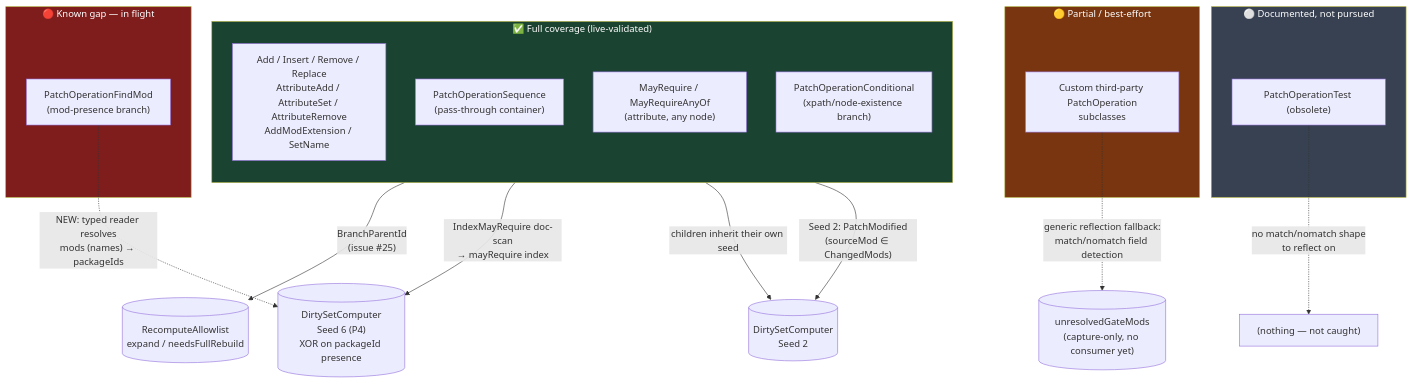
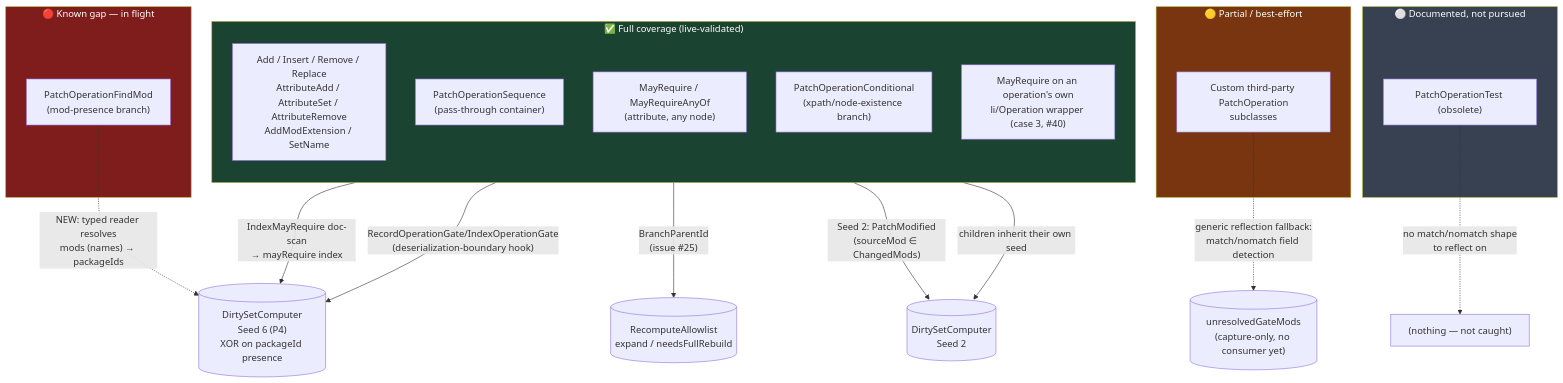
The diagram in docs/patch-operations-coverage.md (Jeffrharr/MissileGirl), drawn with Mermaid before and after one commit. The commit also changed other lines of this file and 6 other files, not shown here.

````diff
--- a/docs/patch-operations-coverage.md
+++ b/docs/patch-operations-coverage.md
@@ -36,35 +37,37 @@
 ```mermaid
 flowchart TD
     subgraph Full["✅ Full coverage (live-validated)"]
         direction TB
         A["Add / Insert / Remove / Replace<br/>AttributeAdd / AttributeSet / AttributeRemove<br/>AddModExtension / SetName"]
         SEQ["PatchOperationSequence<br/>(pass-through container)"]
         MR["MayRequire / MayRequireAnyOf<br/>(attribute, any node)"]
         COND["PatchOperationConditional<br/>(xpath/node-existence branch)"]
+        OPGATE["MayRequire on an operation's own<br/>li/Operation wrapper (case 3, #40)"]
     end
 
     subgraph Gap["🔴 Known gap — in flight"]
         FM["PatchOperationFindMod<br/>(mod-presence branch)"]
     end
 
     subgraph Partial["🟡 Partial / best-effort"]
         CUSTOM["Custom third-party PatchOperation<br/>subclasses"]
     end
 
     subgraph Unsupported["⚪ Documented, not pursued"]
         TEST["PatchOperationTest (obsolete)"]
     end
 
     A -->|"Seed 2: PatchModified<br/>(sourceMod ∈ ChangedMods)"| SEED2[("DirtySetComputer<br/>Seed 2")]
     SEQ -->|"children inherit their own seed"| SEED2
     MR -->|"IndexMayRequire doc-scan<br/>→ mayRequire index"| SEED6[("DirtySetComputer<br/>Seed 6 (P4)<br/>XOR on packageId presence")]
     COND -->|"BranchParentId<br/>(issue #25)"| ALLOWLIST[("RecomputeAllowlist<br/>expand / needsFullRebuild")]
     FM -.->|"NEW: typed reader resolves<br/>mods (names) → packageIds"| SEED6
+    OPGATE -->|"RecordOperationGate/IndexOperationGate<br/>(deserialization-boundary hook)"| SEED6
     CUSTOM -.->|"generic reflection fallback:<br/>match/nomatch field detection"| UNRESOLVED[("unresolvedGateMods<br/>(capture-only, no consumer yet)")]
     TEST -.->|"no match/nomatch shape<br/>to reflect on"| NOTHING["(nothing — not caught)"]
 
     style Full fill:#1b4332,color:#fff
     style Gap fill:#7f1d1d,color:#fff
     style Partial fill:#78350f,color:#fff
     style Unsupported fill:#374151,color:#fff
 ```
````
